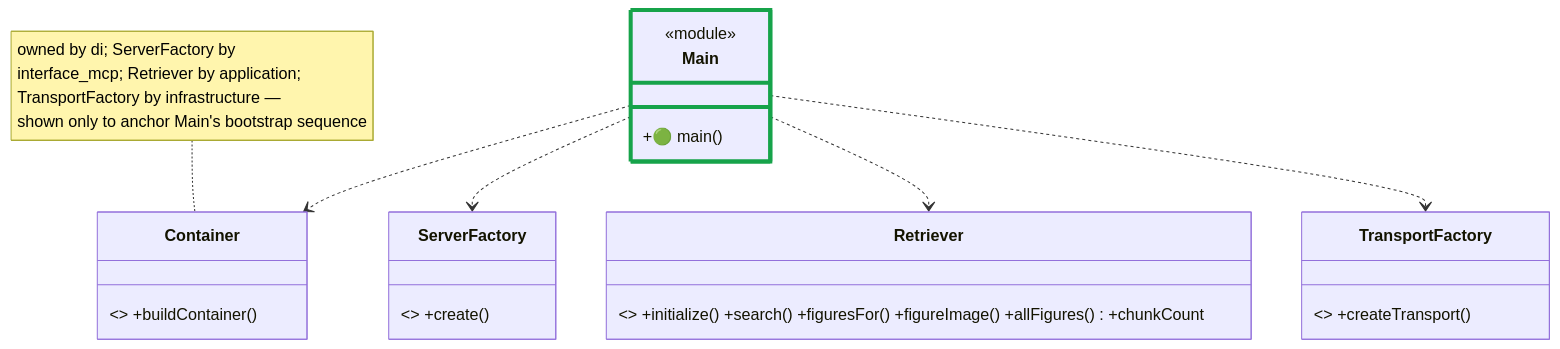
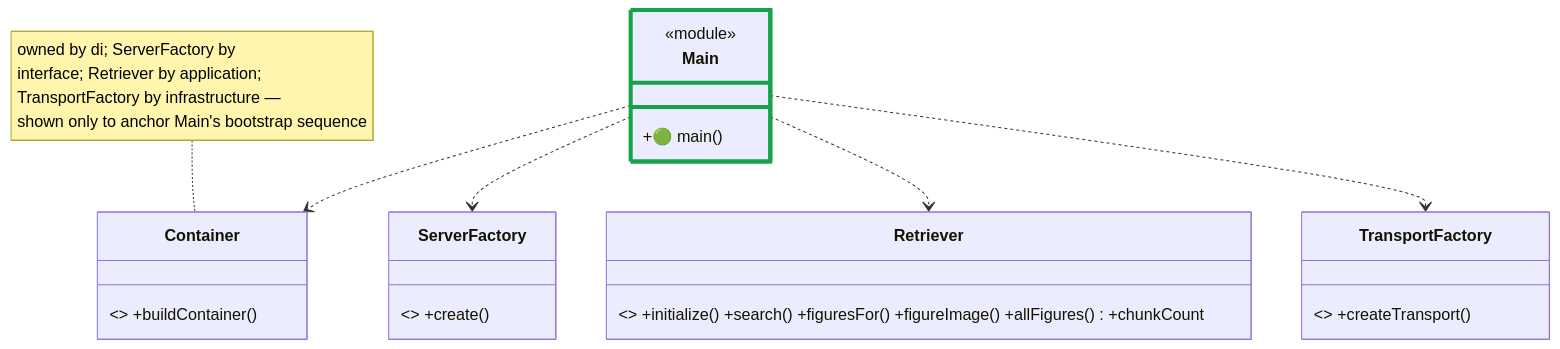
Diagram 12 of 19 in docs/architecture/system-class-diagram.md (SzatanKluska/MCPSWEBOK), drawn with Mermaid before and after one commit. The commit also changed other lines of this file and 19 other files, not shown here.

````diff
--- a/docs/architecture/system-class-diagram.md
+++ b/docs/architecture/system-class-diagram.md
@@ -548,20 +548,20 @@
 ```mermaid
 classDiagram
   class Main {
     <<module>>
     +🟢 main()
   }
 
   class Container { <<type>> +buildContainer() }
   class ServerFactory { <<type>> +create() }
   class Retriever { <<type>> +initialize() +search() +figuresFor() +figureImage() +allFigures() +chunkCount }
   class TransportFactory { <<type>> +createTransport() }
 
   Main ..> Container
   Main ..> ServerFactory
   Main ..> Retriever
   Main ..> TransportFactory
 
-  note for Container "owned by di; ServerFactory by<br/>interface_mcp; Retriever by application;<br/>TransportFactory by infrastructure —<br/>shown only to anchor Main's bootstrap sequence"
+  note for Container "owned by di; ServerFactory by<br/>interface; Retriever by application;<br/>TransportFactory by infrastructure —<br/>shown only to anchor Main's bootstrap sequence"
   style Main stroke:#16A34A,stroke-width:4px
 ```
````
